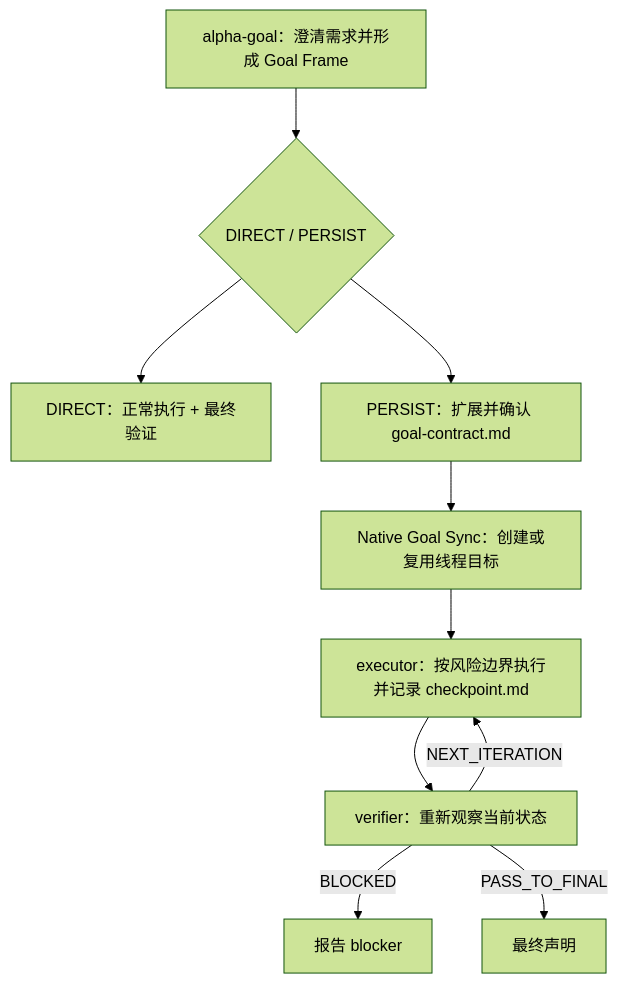
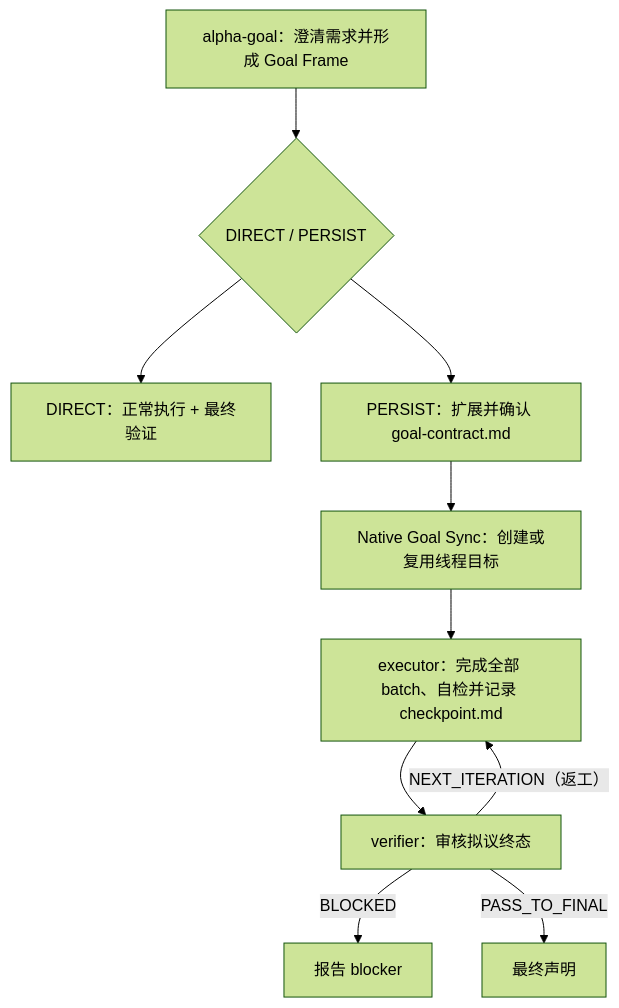
One commit to azhonglee/alpha-goal changed the diagram in README.md. Above: the diagram before and after it, drawn with Mermaid (forest theme). The commit also changed other lines of this file and 9 other files, not shown here.

````diff
--- a/README.md
+++ b/README.md
@@ -42,12 +42,12 @@
 ```mermaid
 flowchart TD
   A["alpha-goal：澄清需求并形成 Goal Frame"] --> R{"DIRECT / PERSIST"}
   R --> D["DIRECT：正常执行 + 最终验证"]
   R --> P["PERSIST：扩展并确认 goal-contract.md"]
   P --> S["Native Goal Sync：创建或复用线程目标"]
-  S --> E["executor：按风险边界执行并记录 checkpoint.md"]
-  E --> V["verifier：重新观察当前状态"]
-  V -->|"NEXT_ITERATION"| E
+  S --> E["executor：完成全部 batch、自检并记录 checkpoint.md"]
+  E --> V["verifier：审核拟议终态"]
+  V -->|"NEXT_ITERATION（返工）"| E
   V -->|"BLOCKED"| B["报告 blocker"]
   V -->|"PASS_TO_FINAL"| F["最终声明"]
 ```
````
